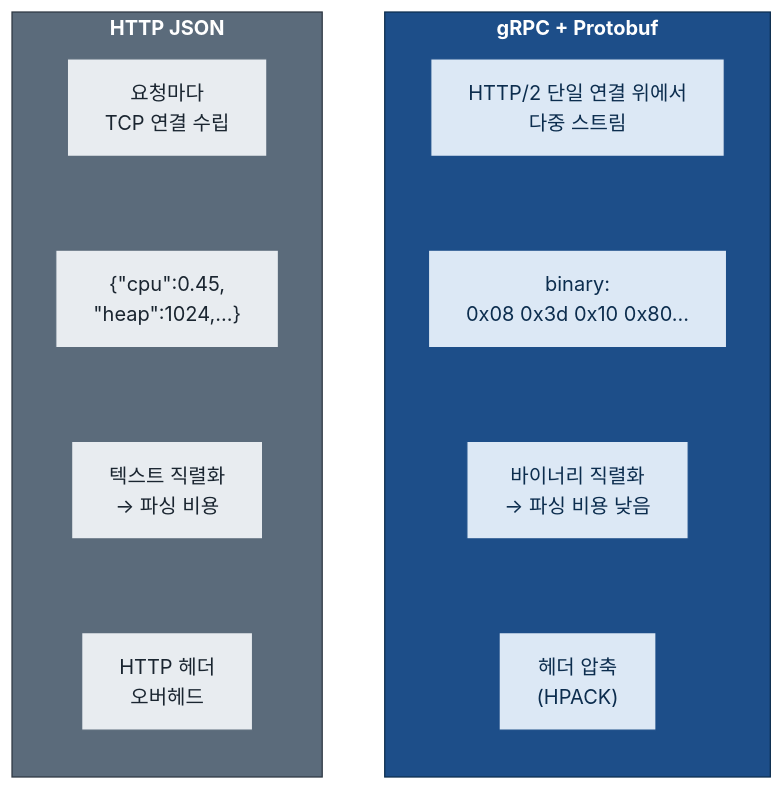
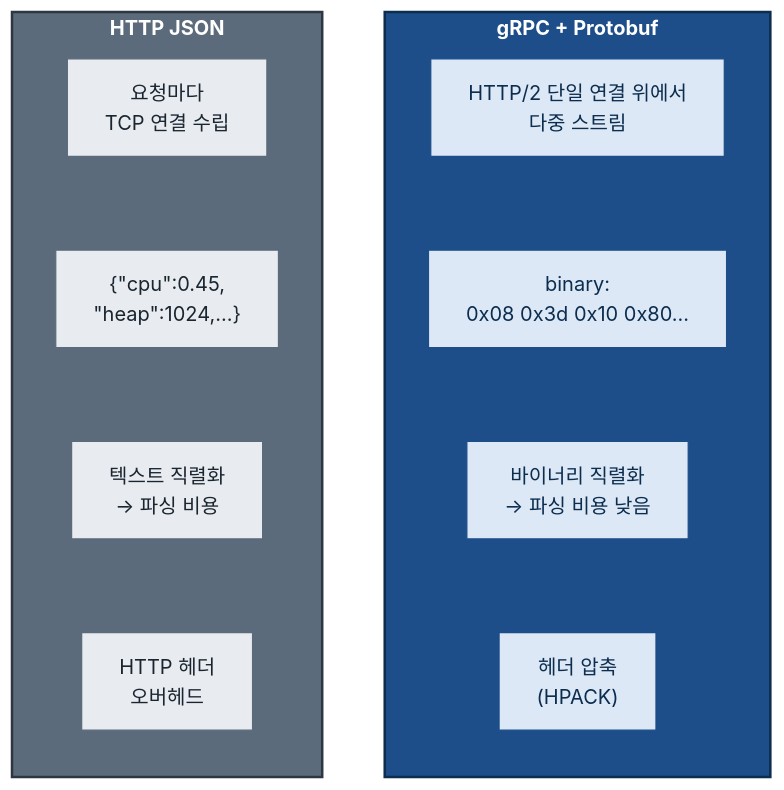
Before and after one commit to buss-sooin/apm-observatory: the first of 8 diagrams in README.md, drawn with Mermaid (neutral theme).

````diff
--- a/README.md
+++ b/README.md
@@ -181,32 +181,61 @@
 ```mermaid
 flowchart LR
+    subgraph HJ["HTTP JSON"]
+        direction TB
+        HJ1["요청마다<br/>TCP 연결 수립"]
+        HJ2["{&quot;cpu&quot;:0.45,<br/>&quot;heap&quot;:1024,...}"]
+        HJ3["텍스트 직렬화<br/>→ 파싱 비용"]
+        HJ4["HTTP 헤더<br/>오버헤드"]
+        HJ1 ~~~ HJ2 ~~~ HJ3 ~~~ HJ4
+    end
+
+    subgraph GP["gRPC + Protobuf"]
+        direction TB
+        GP1["HTTP/2 단일 연결 위에서<br/>다중 스트림"]
+        GP2["binary:<br/>0x08 0x3d 0x10 0x80..."]
+        GP3["바이너리 직렬화<br/>→ 파싱 비용 낮음"]
+        GP4["헤더 압축<br/>(HPACK)"]
+        GP1 ~~~ GP2 ~~~ GP3 ~~~ GP4
+    end
+
+    HJ ~~~ GP
+
+    classDef httpHead fill:none,stroke:#5b6b7b,stroke-width:2px,color:#1a2530,font-weight:bold
+    classDef grpcHead fill:none,stroke:#1d4e89,stroke-width:2px,color:#0c2d4e,font-weight:bold
+    classDef httpNode fill:#e8ecf0,stroke:#5b6b7b,color:#1a2530
+    classDef grpcNode fill:#dce8f5,stroke:#1d4e89,color:#0c2d4e
+
+    class HJ httpHead
+    class GP grpcHead
+    class HJ1,HJ2,HJ3,HJ4 httpNode
+    class GP1,GP2,GP3,GP4 grpcNode
     subgraph HJ["HTTP JSON"]
         direction TB
         HJ1["요청마다<br/>TCP 연결 수립"]
         HJ2["{&quot;cpu&quot;:0.45,<br/>&quot;heap&quot;:1024,...}"]
         HJ3["텍스트 직렬화<br/>→ 파싱 비용"]
         HJ4["HTTP 헤더<br/>오버헤드"]
         HJ1 ~~~ HJ2 ~~~ HJ3 ~~~ HJ4
     end
 
     subgraph GP["gRPC + Protobuf"]
         direction TB
         GP1["HTTP/2 단일 연결 위에서<br/>다중 스트림"]
         GP2["binary:<br/>0x08 0x3d 0x10 0x80..."]
         GP3["바이너리 직렬화<br/>→ 파싱 비용 낮음"]
         GP4["헤더 압축<br/>(HPACK)"]
         GP1 ~~~ GP2 ~~~ GP3 ~~~ GP4
     end
 
     HJ ~~~ GP
 
     classDef httpHead fill:#5b6b7b,stroke:#2d3742,color:#ffffff,font-weight:bold
     classDef grpcHead fill:#1d4e89,stroke:#0c2d4e,color:#ffffff,font-weight:bold
     classDef httpNode fill:#e8ecf0,stroke:#5b6b7b,color:#1a2530
     classDef grpcNode fill:#dce8f5,stroke:#1d4e89,color:#0c2d4e
 
     class HJ httpHead
     class GP grpcHead
     class HJ1,HJ2,HJ3,HJ4 httpNode
     class GP1,GP2,GP3,GP4 grpcNode
 ```
````
